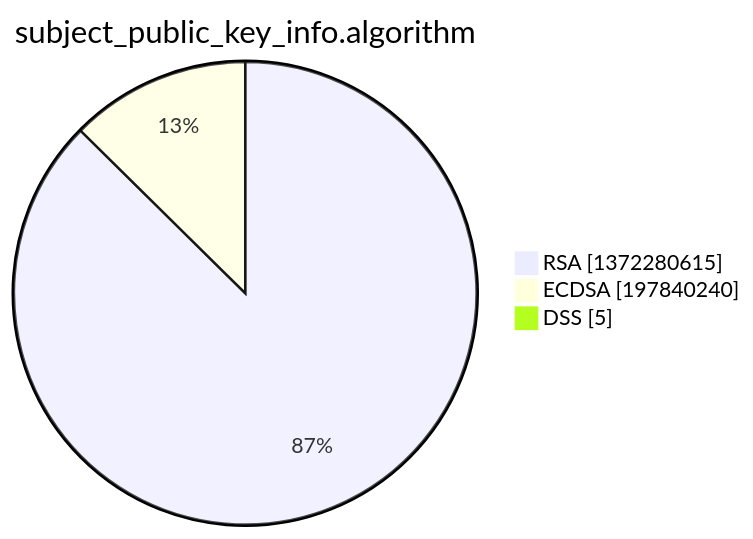
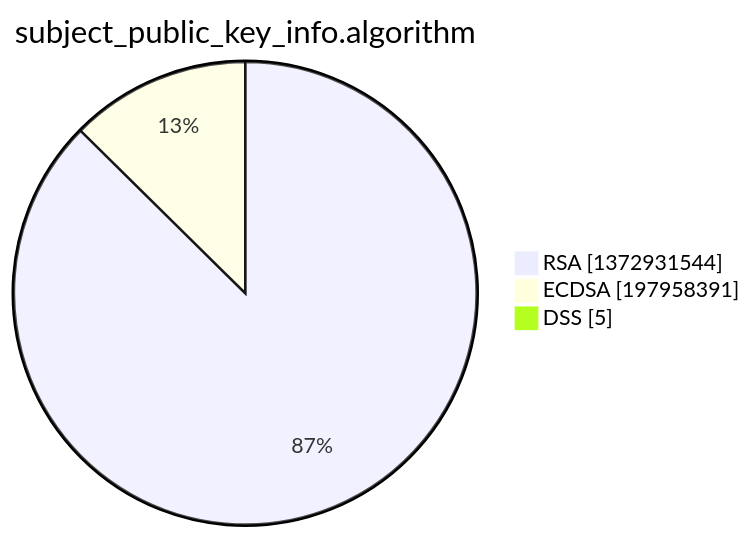
One commit to christiankrug/ctmonitor_visualization changed the third of 15 diagrams in xenon2022/README.md. Above: the diagram before and after it, drawn with Mermaid. The commit also changed other lines of this file, not shown here.

````diff
--- a/xenon2022/README.md
+++ b/xenon2022/README.md
@@ -14,7 +14,7 @@
 ```mermaid
 pie showData
 title subject_public_key_info.algorithm
-"RSA" :1372280615
-"ECDSA" :197840240
+"RSA" :1372931544
+"ECDSA" :197958391
 "DSS" :5
 ```
````
